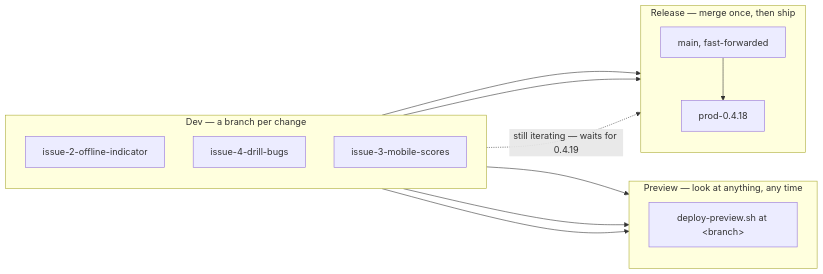
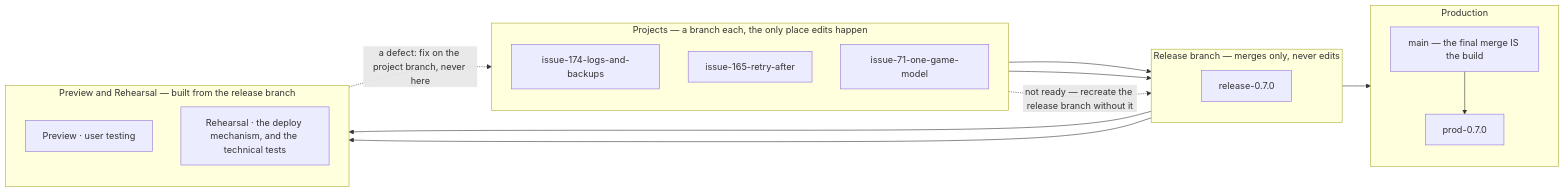
Before and after one commit to SteveStyle/scrabble-px: the second of 2 diagrams in docs/3.3-testing-ci-and-release.md, drawn with Mermaid. The commit also changed other lines of this file and 1 other file, not shown here.

````diff
--- a/docs/3.3-testing-ci-and-release.md
+++ b/docs/3.3-testing-ci-and-release.md
@@ -1498,28 +1127,35 @@
 ```mermaid
 flowchart LR
-    subgraph dev["Dev — a branch per change"]
+    subgraph proj["Projects — a branch each, the only place edits happen"]
         direction TB
-        a["issue-2-offline-indicator"]
-        b["issue-4-drill-bugs"]
-        c["issue-3-mobile-scores"]
+        a["issue-174-logs-and-backups"]
+        b["issue-165-retry-after"]
+        c["issue-71-one-game-model"]
     end
 
-    subgraph look["Preview — look at anything, any time"]
+    subgraph rel["Release branch — merges only, never edits"]
         direction TB
-        s1["deploy-preview.sh at &lt;branch&gt;"]
+        r["release-0.7.0"]
     end
 
-    subgraph rel["Release — merge once, then ship"]
+    subgraph judge["Preview and Rehearsal — built from the release branch"]
         direction TB
-        m["main, fast-forwarded"]
-        p["prod-0.4.18"]
+        pv["Preview · user testing"]
+        rh["Rehearsal · the deploy mechanism, and the technical tests"]
     end
 
-    a --> s1
-    b --> s1
-    c --> s1
-    a --> m
-    b --> m
+    subgraph prod["Production"]
+        direction TB
+        m["main — the final merge IS the build"]
+        p["prod-0.7.0"]
+    end
+
+    a --> r
+    b --> r
+    r --> pv
+    r --> rh
+    r --> m
     m --> p
-    c -.->|"still iterating — waits for 0.4.19"| m
+    c -.->|"not ready — recreate the release branch without it"| r
+    pv -.->|"a defect: fix on the project branch, never here"| a
 ```
````
